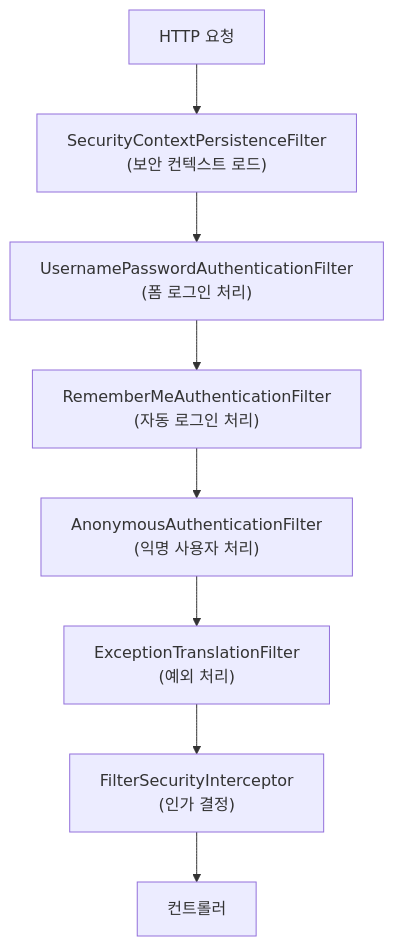
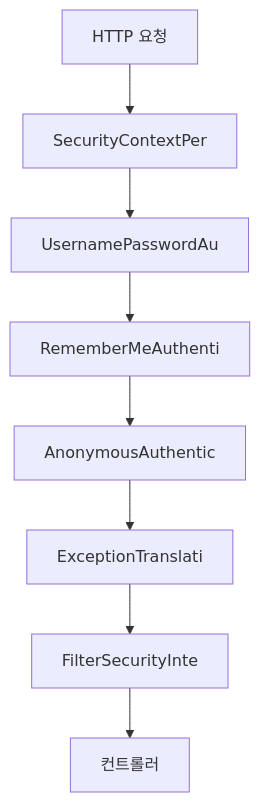
Before and after one commit to yjkim2015/yjkim2015.github.io: the second of 2 diagrams in _posts/security/2021-01-07-spring-boot-security 프로젝트 생성.md, drawn with Mermaid. The commit also changed 271 other files, not shown here.

First line of the commit message:
Mermaid 라벨 축소: 긴 노드 텍스트 18자 이하로 트림 + \n 제거

````diff
--- a/_posts/security/2021-01-07-spring-boot-security 프로젝트 생성.md
+++ b/_posts/security/2021-01-07-spring-boot-security 프로젝트 생성.md
@@ -138,10 +138,10 @@
 ```mermaid
 flowchart TD
-    A["HTTP 요청"] --> B["SecurityContextPersistenceFilter\n(보안 컨텍스트 로드)"]
-    B --> C["UsernamePasswordAuthenticationFilter\n(폼 로그인 처리)"]
-    C --> D["RememberMeAuthenticationFilter\n(자동 로그인 처리)"]
-    D --> E["AnonymousAuthenticationFilter\n(익명 사용자 처리)"]
-    E --> F["ExceptionTranslationFilter\n(예외 처리)"]
-    F --> G["FilterSecurityInterceptor\n(인가 결정)"]
+    A["HTTP 요청"] --> B["SecurityContextPer"]
+    B --> C["UsernamePasswordAu"]
+    C --> D["RememberMeAuthenti"]
+    D --> E["AnonymousAuthentic"]
+    E --> F["ExceptionTranslati"]
+    F --> G["FilterSecurityInte"]
     G --> H["컨트롤러"]
 ```
````
